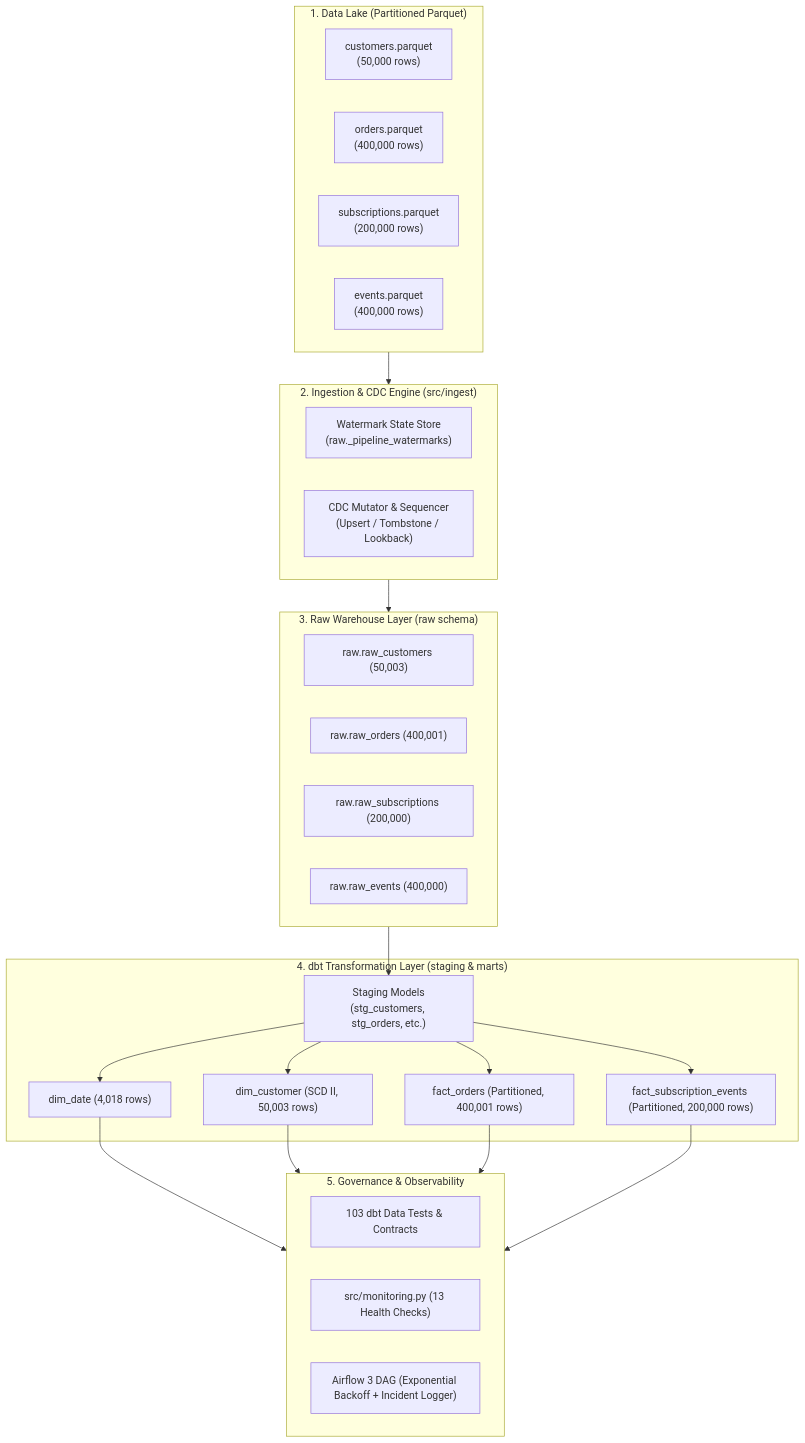
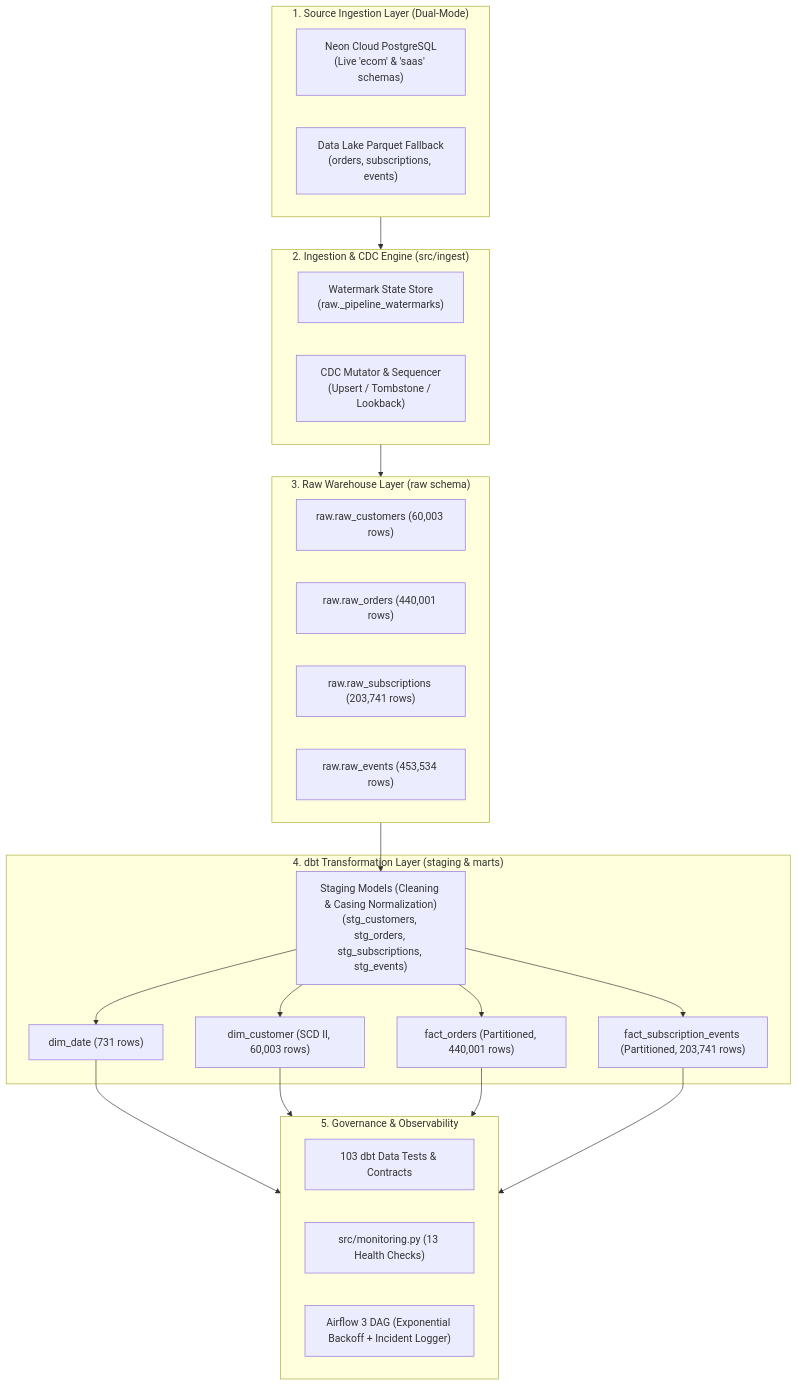
One commit to sidharthmenon626-lab/end-to-end-data-pipeline changed the first of 2 diagrams in README.md. Above: the diagram before and after it, drawn with Mermaid. The commit also changed other lines of this file, not shown here.

Commit message:
docs: update README with live Neon cloud ingestion, data hygiene rules, and live row counts

````diff
--- a/README.md
+++ b/README.md
@@ -42,41 +43,39 @@
 ```mermaid
 flowchart TD
-    subgraph Lake["1. Data Lake (Partitioned Parquet)"]
-        P1["customers.parquet<br/>(50,000 rows)"]
-        P2["orders.parquet<br/>(400,000 rows)"]
-        P3["subscriptions.parquet<br/>(200,000 rows)"]
-        P4["events.parquet<br/>(400,000 rows)"]
+    subgraph Sources["1. Source Ingestion Layer (Dual-Mode)"]
+        N1["Neon Cloud PostgreSQL<br/>(Live 'ecom' & 'saas' schemas)"]
+        L1["Data Lake Parquet Fallback<br/>(orders, subscriptions, events)"]
     end
 
     subgraph Ingestion["2. Ingestion & CDC Engine (src/ingest)"]
         W["Watermark State Store<br/>(raw._pipeline_watermarks)"]
         CDC["CDC Mutator & Sequencer<br/>(Upsert / Tombstone / Lookback)"]
     end
 
     subgraph Raw["3. Raw Warehouse Layer (raw schema)"]
-        R1["raw.raw_customers (50,003)"]
-        R2["raw.raw_orders (400,001)"]
-        R3["raw.raw_subscriptions (200,000)"]
-        R4["raw.raw_events (400,000)"]
+        R1["raw.raw_customers (60,003 rows)"]
+        R2["raw.raw_orders (440,001 rows)"]
+        R3["raw.raw_subscriptions (203,741 rows)"]
+        R4["raw.raw_events (453,534 rows)"]
     end
 
     subgraph Transform["4. dbt Transformation Layer (staging & marts)"]
-        S["Staging Models<br/>(stg_customers, stg_orders, etc.)"]
-        D1["dim_date (4,018 rows)"]
-        D2["dim_customer (SCD II, 50,003 rows)"]
-        F1["fact_orders (Partitioned, 400,001 rows)"]
-        F2["fact_subscription_events (Partitioned, 200,000 rows)"]
+        S["Staging Models (Cleaning & Casing Normalization)<br/>(stg_customers, stg_orders, stg_subscriptions, stg_events)"]
+        D1["dim_date (731 rows)"]
+        D2["dim_customer (SCD II, 60,003 rows)"]
+        F1["fact_orders (Partitioned, 440,001 rows)"]
+        F2["fact_subscription_events (Partitioned, 203,741 rows)"]
     end
 
     subgraph Governance["5. Governance & Observability"]
         T["103 dbt Data Tests & Contracts"]
         M["src/monitoring.py (13 Health Checks)"]
         A["Airflow 3 DAG (Exponential Backoff + Incident Logger)"]
     end
 
-    Lake --> Ingestion
+    Sources --> Ingestion
     Ingestion --> Raw
     Raw --> S
     S --> D1 & D2 & F1 & F2
     D1 & D2 & F1 & F2 --> Governance
 ```
````
